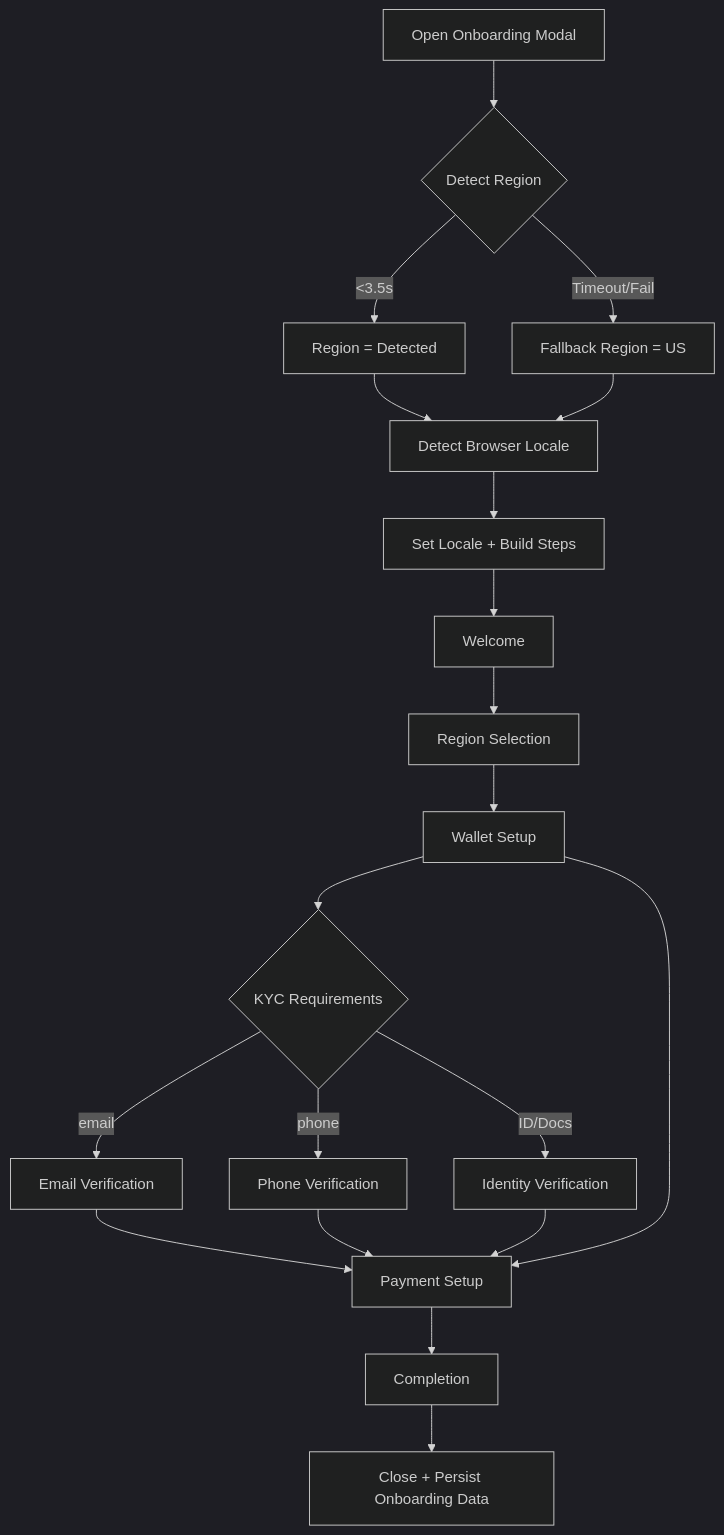
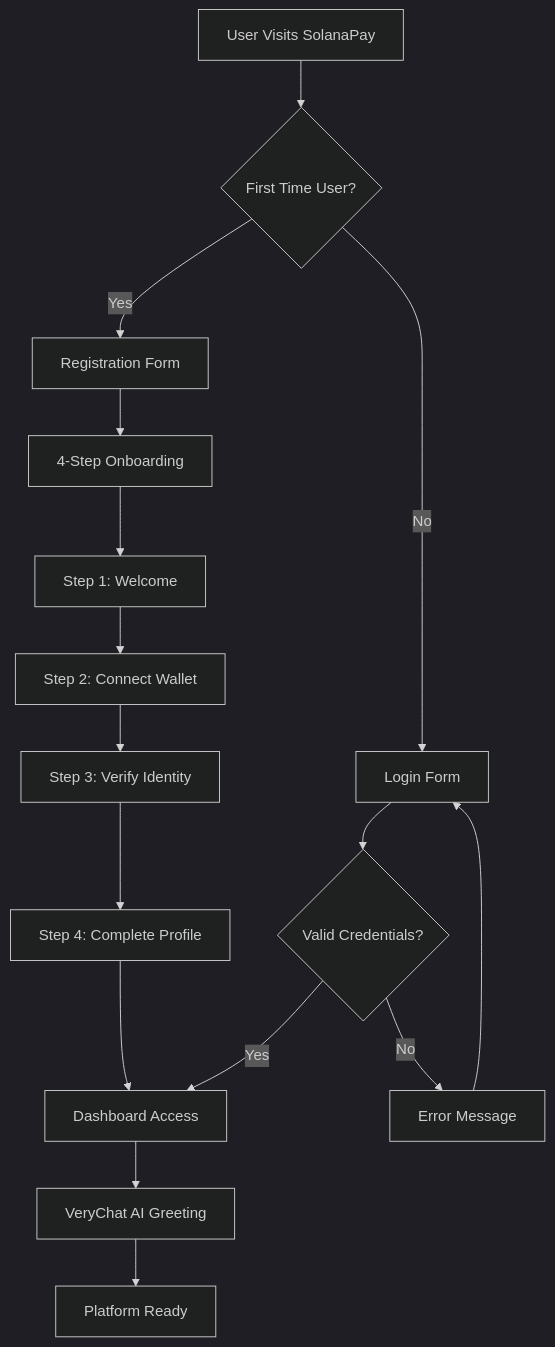
One commit to Aaditya1273/SolanaPay changed the second of 15 diagrams in README.md. Above: the diagram before and after it, drawn with Mermaid (dark theme). The commit also changed other lines of this file and 339 other files, not shown here.

````diff
--- a/README.md
+++ b/README.md
@@ -373,22 +153,20 @@
 ```mermaid
 flowchart TD
-    A[Open Onboarding Modal] --> B{Detect Region}
-    B -->|<3.5s| C[Region = Detected]
-    B -->|Timeout/Fail| D[Fallback Region = US]
-    C --> E[Detect Browser Locale]
-    D --> E
-    E --> F[Set Locale + Build Steps]
-    F --> G[Welcome]
-    G --> H[Region Selection]
-    H --> I[Wallet Setup]
-    I --> J{KYC Requirements}
-    J -->|email| K[Email Verification]
-    J -->|phone| L[Phone Verification]
-    J -->|ID/Docs| M[Identity Verification]
-    K --> N[Payment Setup]
-    L --> N
-    M --> N
-    I --> N
-    N --> O[Completion]
-    O --> P[Close + Persist Onboarding Data]
+    A[User Visits SolanaPay] --> B{First Time User?}
+    B -->|Yes| C[Registration Form]
+    B -->|No| D[Login Form]
+    
+    C --> E[4-Step Onboarding]
+    E --> F[Step 1: Welcome]
+    F --> G[Step 2: Connect Wallet]
+    G --> H[Step 3: Verify Identity]
+    H --> I[Step 4: Complete Profile]
+    
+    I --> J[Dashboard Access]
+    D --> K{Valid Credentials?}
+    K -->|Yes| J
+    K -->|No| L[Error Message] --> D
+    
+    J --> M[VeryChat AI Greeting]
+    M --> N[Platform Ready]
 ```
````
